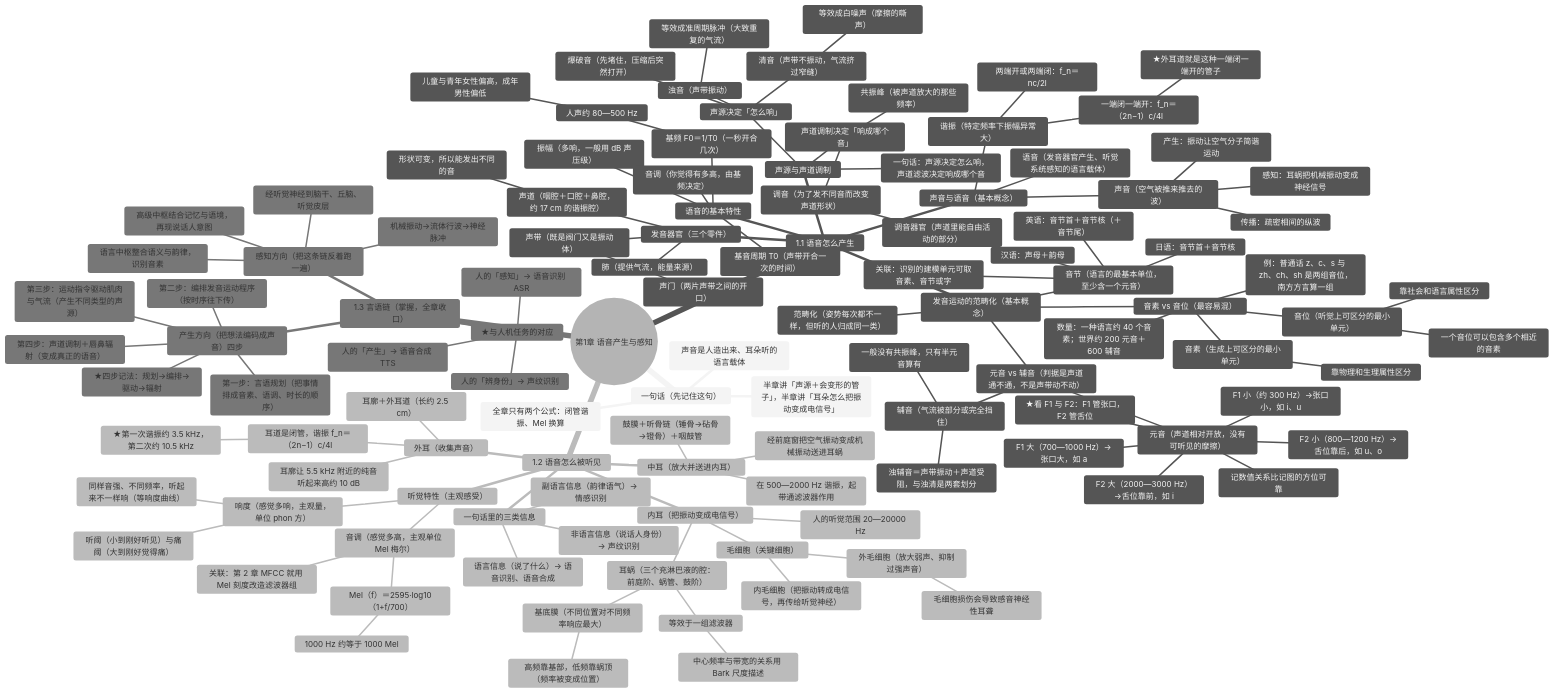
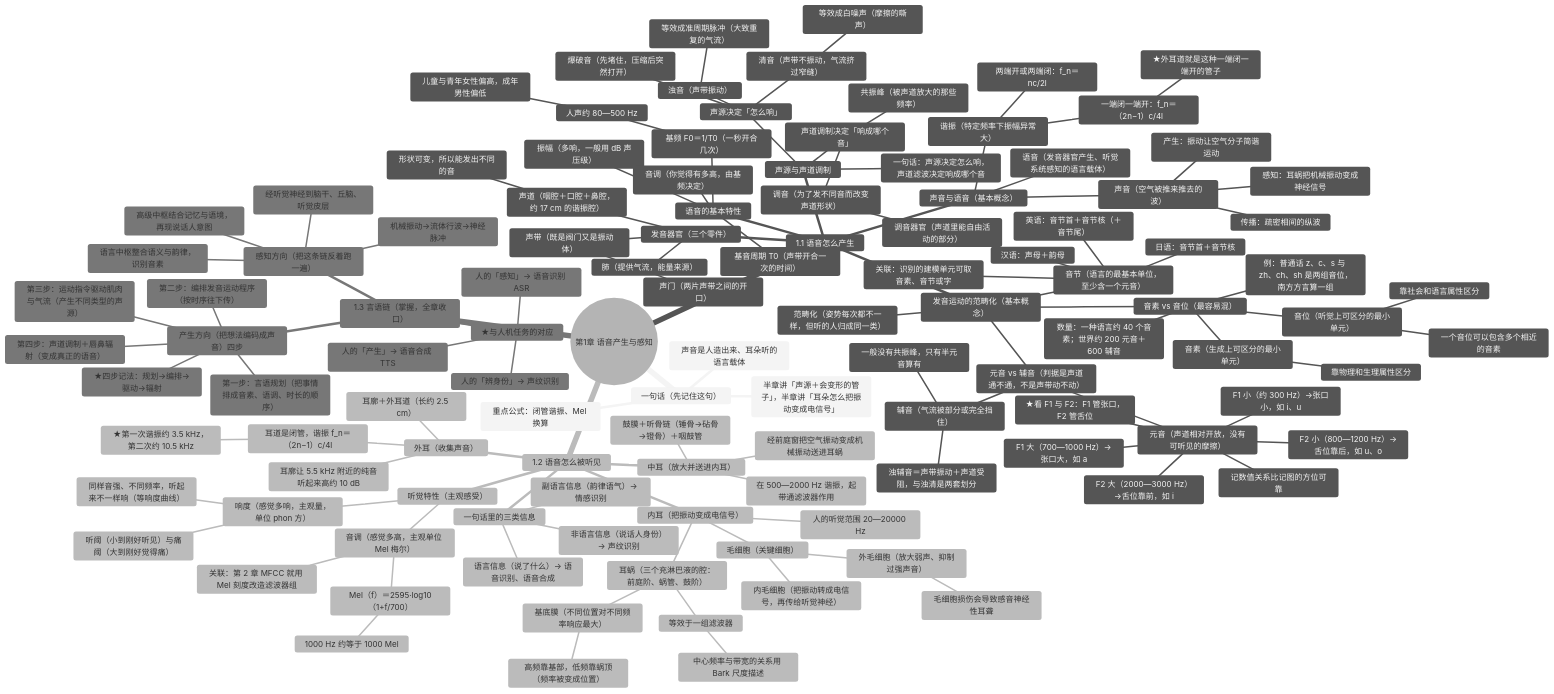
One commit to Johnson1662/johnson-obsidian-notes changed the diagram in content/Courses/语音信息处理/1 语音产生与感知机理.md. Above: the diagram before and after it, drawn with Mermaid (neutral theme). The commit also changed other lines of this file and 5 other files, not shown here.

```diff
--- a/content/Courses/语音信息处理/1 语音产生与感知机理.md
+++ b/content/Courses/语音信息处理/1 语音产生与感知机理.md
@@ -17,7 +17,7 @@
     一句话（先记住这句）
       声音是人造出来、耳朵听的语言载体
       半章讲「声源＋会变形的管子」，半章讲「耳朵怎么把振动变成电信号」
-      全章只有两个公式：闭管谐振、Mel 换算
+      重点公式：闭管谐振、Mel 换算
     1.1 语音怎么产生
       声音与语音（基本概念）
         声音（空气被推来推去的波）
```
